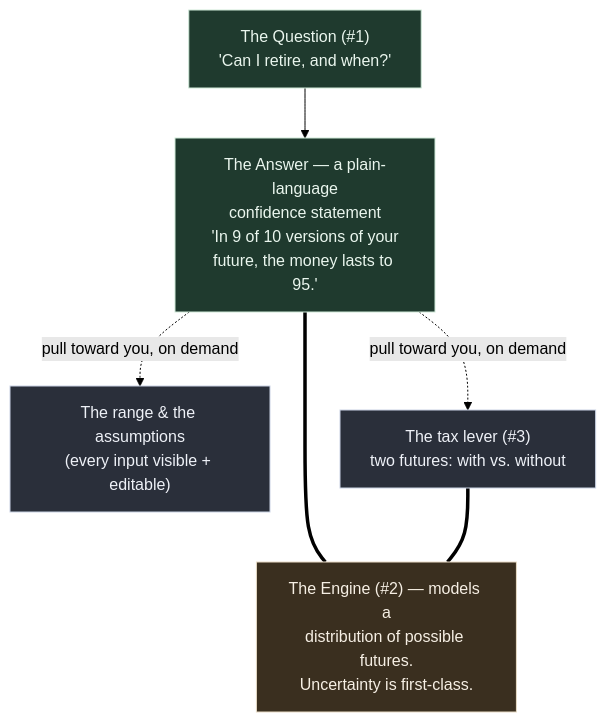
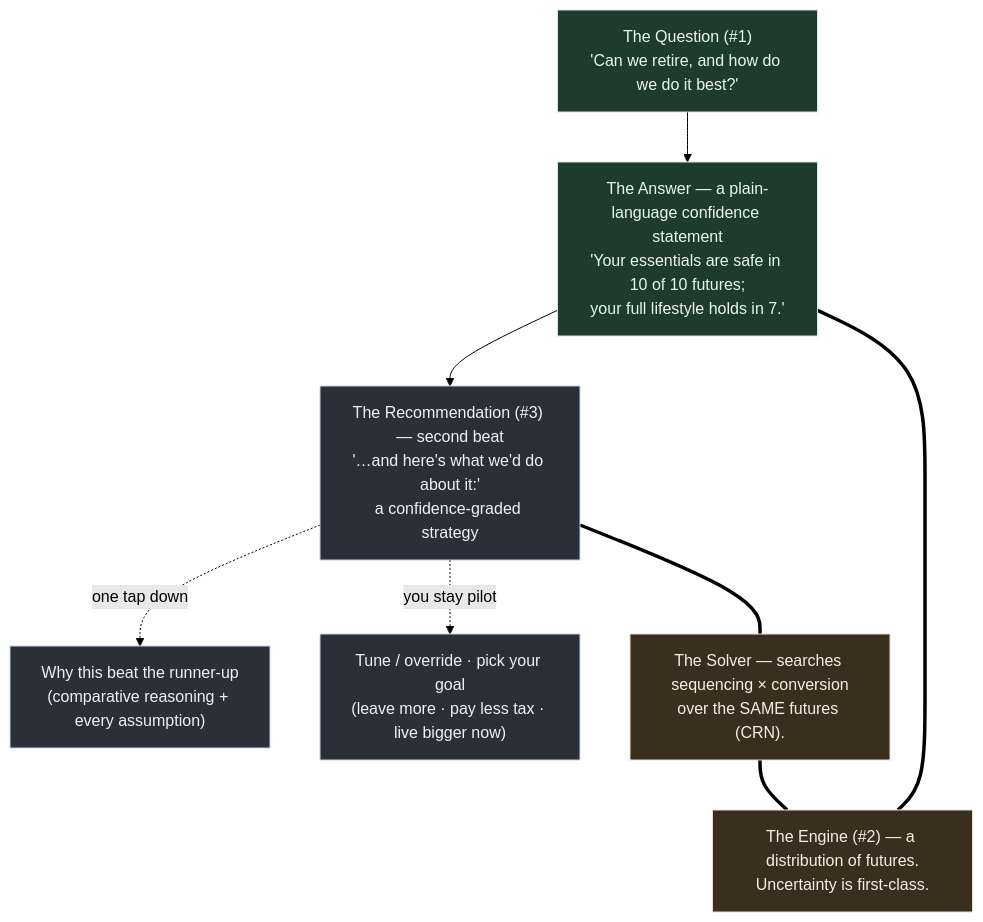
The diagram in projects/the-back-nine/docs/brainstorms/the-back-nine-requirements.md (mbriggsy/ai-learning-journey), drawn with Mermaid (forest theme) before and after one commit. The commit also changed other lines of this file and 8 other files, not shown here.

````diff
--- a/projects/the-back-nine/docs/brainstorms/the-back-nine-requirements.md
+++ b/projects/the-back-nine/docs/brainstorms/the-back-nine-requirements.md
@@ -20,17 +23,20 @@
 ```mermaid
 flowchart TD
-    Q["The Question (#1)<br/>'Can I retire, and when?'"] --> A["The Answer — a plain-language<br/>confidence statement<br/>'In 9 of 10 versions of your<br/>future, the money lasts to 95.'"]
+    Q["The Question (#1)<br/>'Can we retire, and how do we do it best?'"] --> A["The Answer — a plain-language confidence statement<br/>'Your essentials are safe in 10 of 10 futures;<br/>your full lifestyle holds in 7.'"]
 
-    A -. "pull toward you, on demand" .-> D1["The range &amp; the assumptions<br/>(every input visible + editable)"]
-    A -. "pull toward you, on demand" .-> D2["The tax lever (#3)<br/>two futures: with vs. without"]
+    A --> R["The Recommendation (#3) — second beat<br/>'…and here's what we'd do about it:'<br/>a confidence-graded strategy"]
 
-    A === E["The Engine (#2) — models a<br/>distribution of possible futures.<br/>Uncertainty is first-class."]
-    D2 === E
+    R -. "one tap down" .-> D1["Why this beat the runner-up<br/>(comparative reasoning + every assumption)"]
+    R -. "you stay pilot" .-> D2["Tune / override · pick your goal<br/>(leave more · pay less tax · live bigger now)"]
+
+    A === E["The Engine (#2) — a distribution of futures.<br/>Uncertainty is first-class."]
+    R === S["The Solver — searches sequencing × conversion<br/>over the SAME futures (CRN)."]
+    S === E
 
     classDef surface fill:#1f3a2e,stroke:#cfe9d8,color:#eaf6ee,stroke-width:1px;
     classDef demand fill:#2a2f3a,stroke:#c9d2e3,color:#eef1f7,stroke-width:1px;
     classDef engine fill:#3a2f1f,stroke:#e9dcc7,color:#f6efe4,stroke-width:1px;
     class Q,A surface;
-    class D1,D2 demand;
-    class E engine;
+    class R,D1,D2 demand;
+    class E,S engine;
 ```
````
